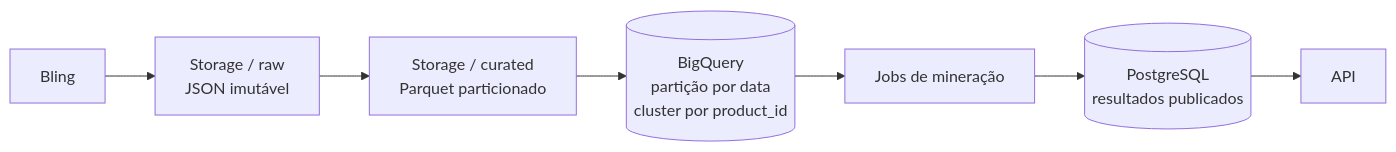
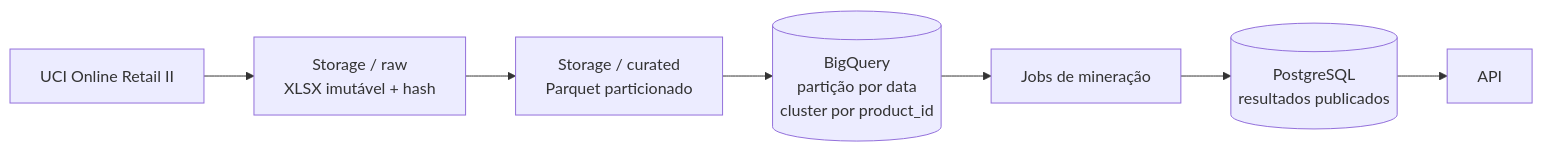
One commit to FatecFranca/DSM-G05-PI6-2026-2 changed the second of 2 diagrams in docs/04-computacao-em-nuvem.md. Above: the diagram before and after it, drawn with Mermaid. The commit also changed other lines of this file and 49 other files, not shown here.

Commit message:
feat(data): substitui Bling por pipeline UCI com IA e mensageria

````diff
--- a/docs/04-computacao-em-nuvem.md
+++ b/docs/04-computacao-em-nuvem.md
@@ -82,9 +82,9 @@
 ```mermaid
 flowchart LR
-    source[Bling] --> raw[Storage / raw\nJSON imutável]
+    source[UCI Online Retail II] --> raw[Storage / raw\nXLSX imutável + hash]
     raw --> clean[Storage / curated\nParquet particionado]
     clean --> bq[(BigQuery\npartição por data\ncluster por product_id)]
     bq --> ml[Jobs de mineração]
     ml --> result[(PostgreSQL\nresultados publicados)]
     result --> api[API]
 ```
````
